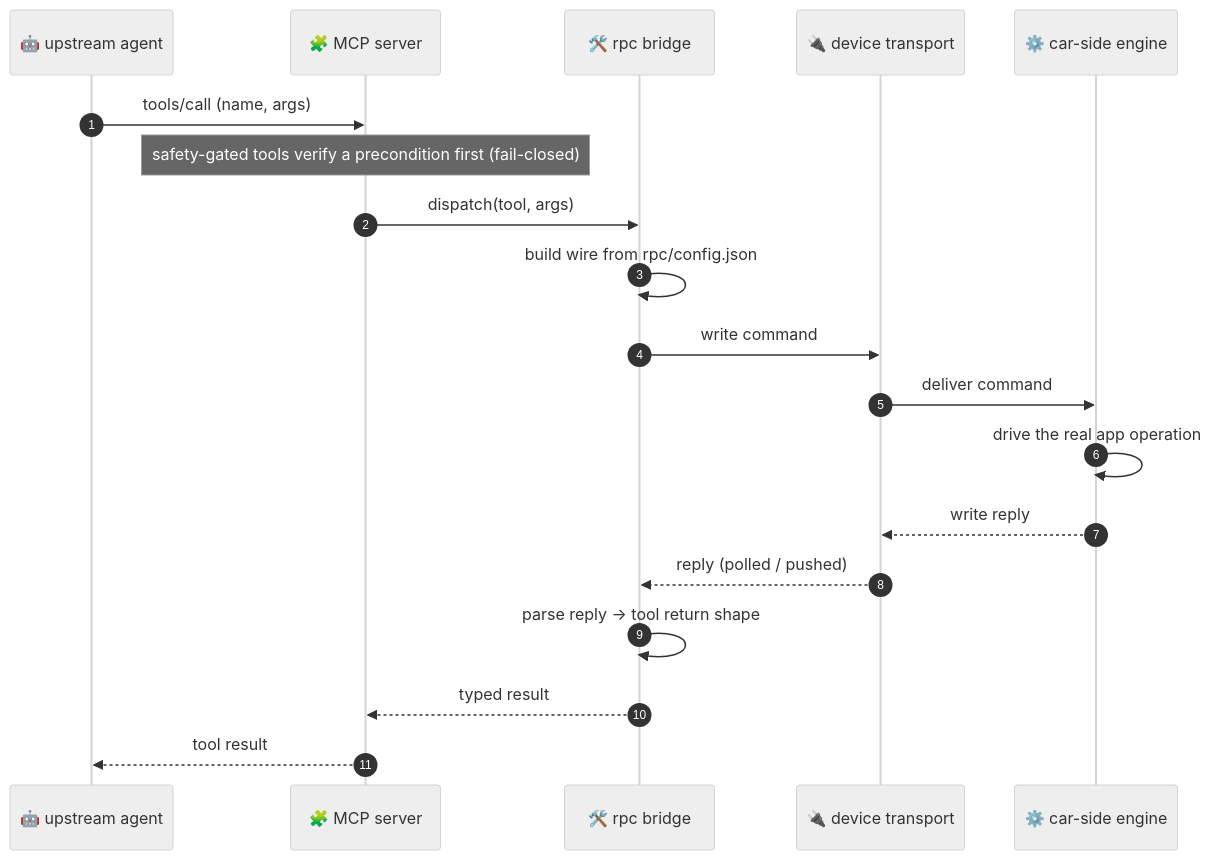
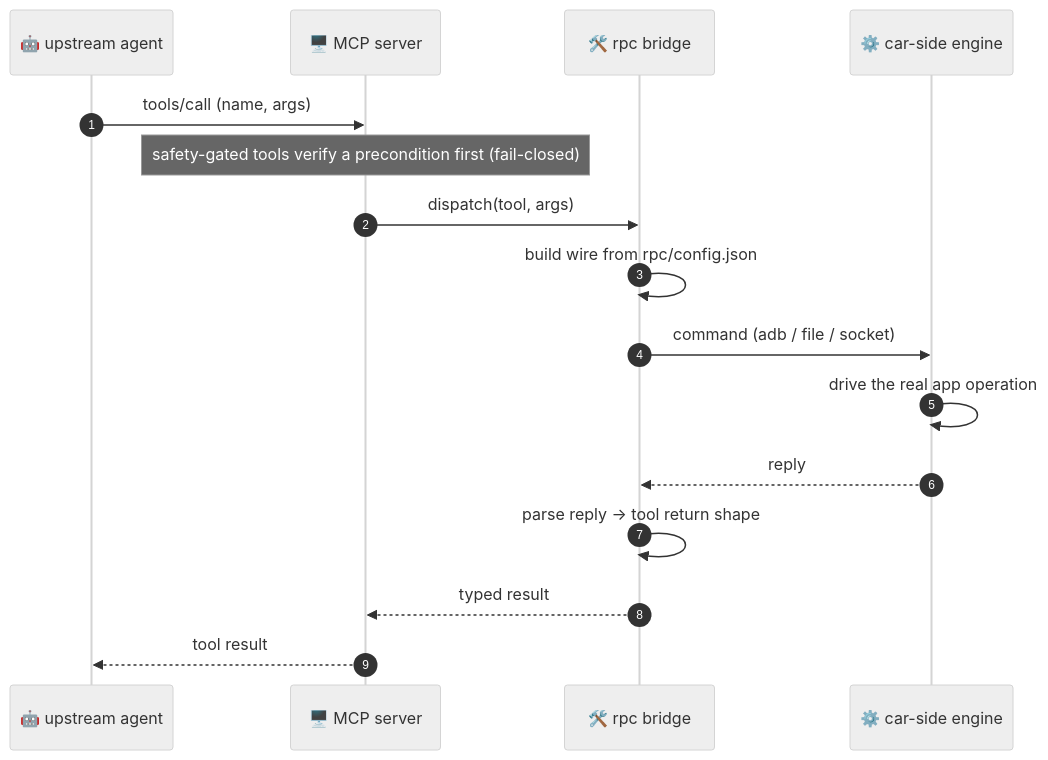
The second of 2 diagrams in README.md (MatCaviar/BRIDGE), drawn with Mermaid (neutral theme) before and after one commit.

Commit message:
docs(readme): merge transport into rpc bridge; MCP server icon → 🖥️ (distinct from 🧩 tool schemas)

````diff
--- a/README.md
+++ b/README.md
@@ -64,22 +64,19 @@
 ```mermaid
 sequenceDiagram
     autonumber
     participant Agent as 🤖 upstream agent
-    participant Server as 🧩 MCP server
+    participant Server as 🖥️ MCP server
     participant Bridge as 🛠️ rpc bridge
-    participant Transport as 🔌 device transport
     participant Engine as ⚙️ car-side engine
 
     Agent->>Server: tools/call (name, args)
     Note over Server: safety-gated tools verify a precondition first (fail-closed)
     Server->>Bridge: dispatch(tool, args)
     Bridge->>Bridge: build wire from rpc/config.json
-    Bridge->>Transport: write command
-    Transport->>Engine: deliver command
+    Bridge->>Engine: command (adb / file / socket)
     Engine->>Engine: drive the real app operation
-    Engine-->>Transport: write reply
-    Transport-->>Bridge: reply (polled / pushed)
+    Engine-->>Bridge: reply
     Bridge->>Bridge: parse reply → tool return shape
     Bridge-->>Server: typed result
     Server-->>Agent: tool result
 ```
````
